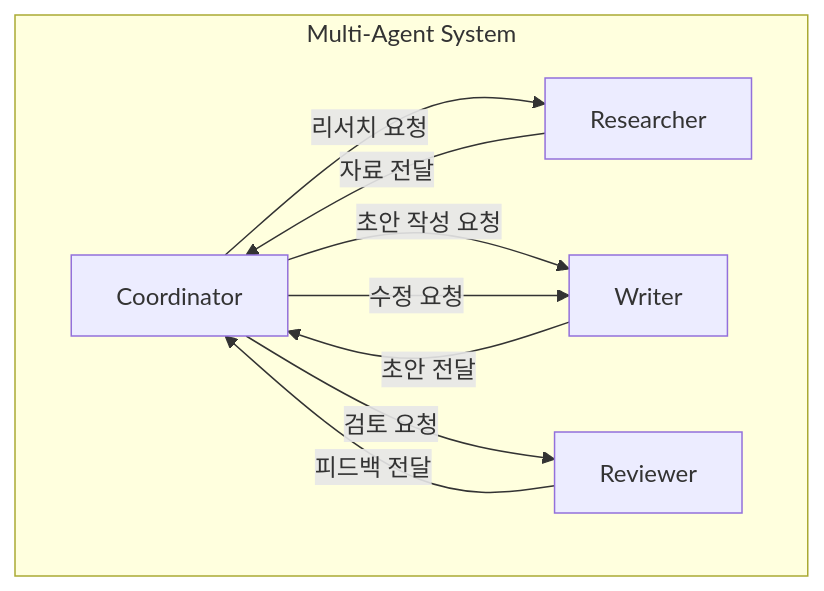
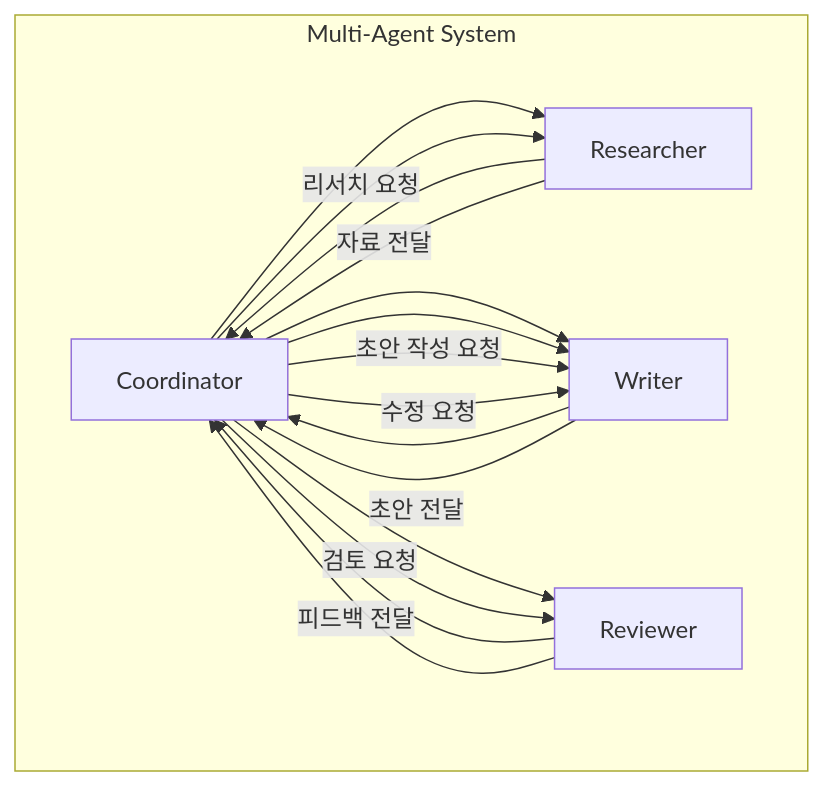
Before and after one commit to harimkang/ai-engineer-guide: the diagram in docs/5-agentic-ai/5-1-시스템-설계/overview.md, drawn with Mermaid. The commit also changed other lines of this file and 34 other files, not shown here.

Commit message:
docs(agentic-ai): normalize frontmatter tags to "Agentic-AI", standardize tag formatting, and tidy mermaid diagrams across docs

````diff
--- a/docs/5-agentic-ai/5-1-시스템-설계/overview.md
+++ b/docs/5-agentic-ai/5-1-시스템-설계/overview.md
@@ -44,17 +47,20 @@
 ```mermaid
 graph TD
-    subgraph Multi-Agent System
-        C[Coordinator]
-        R[Researcher]
-        W[Writer]
-        V[Reviewer]
+    subgraph "Multi-Agent System"
+        C[Coordinator] --> R[Researcher]
+        R --> C
+        C --> W[Writer]
+        W --> C
+        C --> V[Reviewer]
+        V --> C
+        C --> W
     end
 
     C -- "리서치 요청" --> R
     R -- "자료 전달" --> C
     C -- "초안 작성 요청" --> W
     W -- "초안 전달" --> C
     C -- "검토 요청" --> V
     V -- "피드백 전달" --> C
     C -- "수정 요청" --> W
 ```
````
